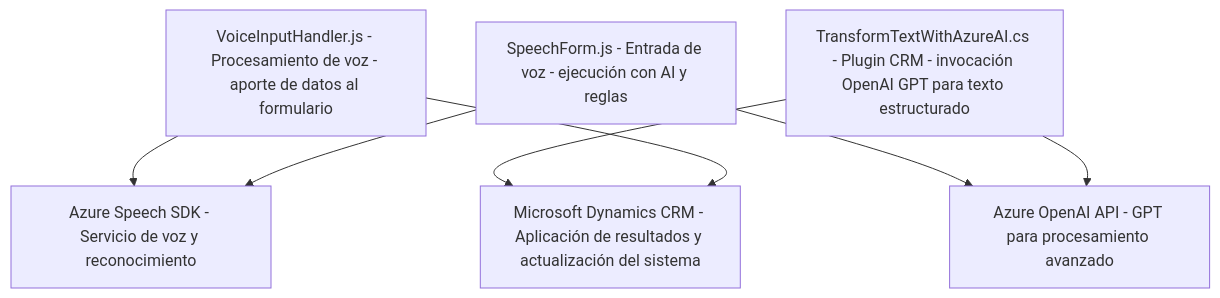
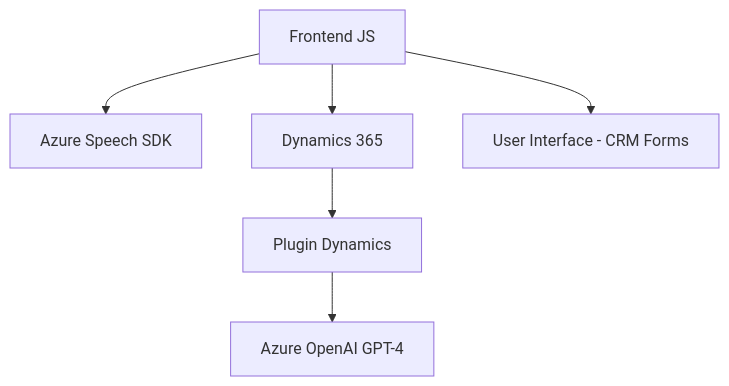
One commit to blopezdm/NETCORE_BILBAO2025 changed the diagram in README.md. Above: the diagram before and after it, drawn with Mermaid. The commit also changed other lines of this file, not shown here.

Commit message:
Actualizar análisis global de la solución con IA

````diff
--- a/README.md
+++ b/README.md
@@ -31,16 +42,15 @@
 ```mermaid
 graph TD
-    A["VoiceInputHandler.js - Procesamiento de voz - aporte de datos al formulario"]
-    B["SpeechForm.js - Entrada de voz - ejecución con AI y reglas"]
-    C["TransformTextWithAzureAI.cs - Plugin CRM - invocación OpenAI GPT para texto estructurado"]
-    D["Azure Speech SDK - Servicio de voz y reconocimiento"]
-    E["Azure OpenAI API - GPT para procesamiento avanzado"]
-    F["Microsoft Dynamics CRM - Aplicación de resultados y actualización del sistema"]
+  A[Frontend JS]
+  B[Azure Speech SDK]
+  C["Dynamics 365"]
+  D[Plugin Dynamics]
+  E[Azure OpenAI GPT-4]
+  F[User Interface - CRM Forms]
 
-    A --> D
-    B --> D
-    B --> E
-    C --> E
-    C --> F
-    A --> F
+  A --> B
+  A --> F
+  A --> C
+  C --> D
+  D --> E
 ```
````
